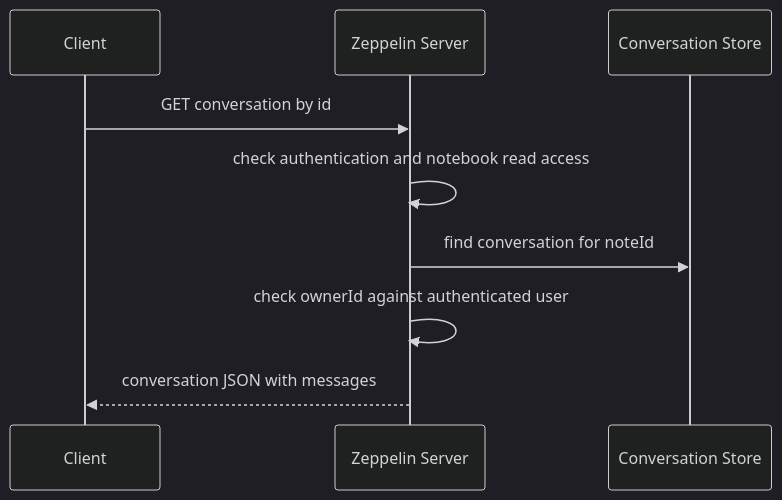
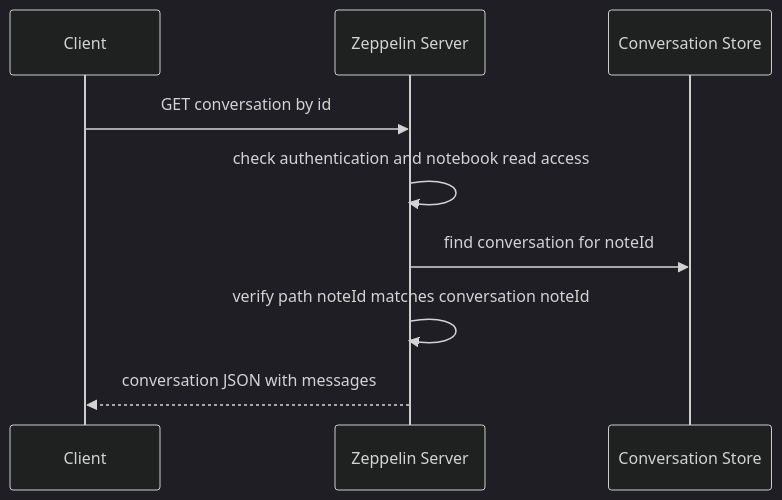
One commit to seung-00/zeppelin changed the third of 3 diagrams in docs/notebook-assistant-ssd.md. Above: the diagram before and after it, drawn with Mermaid (dark theme). The commit also changed other lines of this file and 22 other files, not shown here.

````diff
--- a/docs/notebook-assistant-ssd.md
+++ b/docs/notebook-assistant-ssd.md
@@ -290,12 +321,12 @@
 ```mermaid
 sequenceDiagram
     participant C as Client
     participant S as Zeppelin Server
     participant D as Conversation Store
 
     C->>S: GET conversation by id
     S->>S: check authentication and notebook read access
     S->>D: find conversation for noteId
-    S->>S: check ownerId against authenticated user
+    S->>S: verify path noteId matches conversation noteId
     S-->>C: conversation JSON with messages
 ```
````
